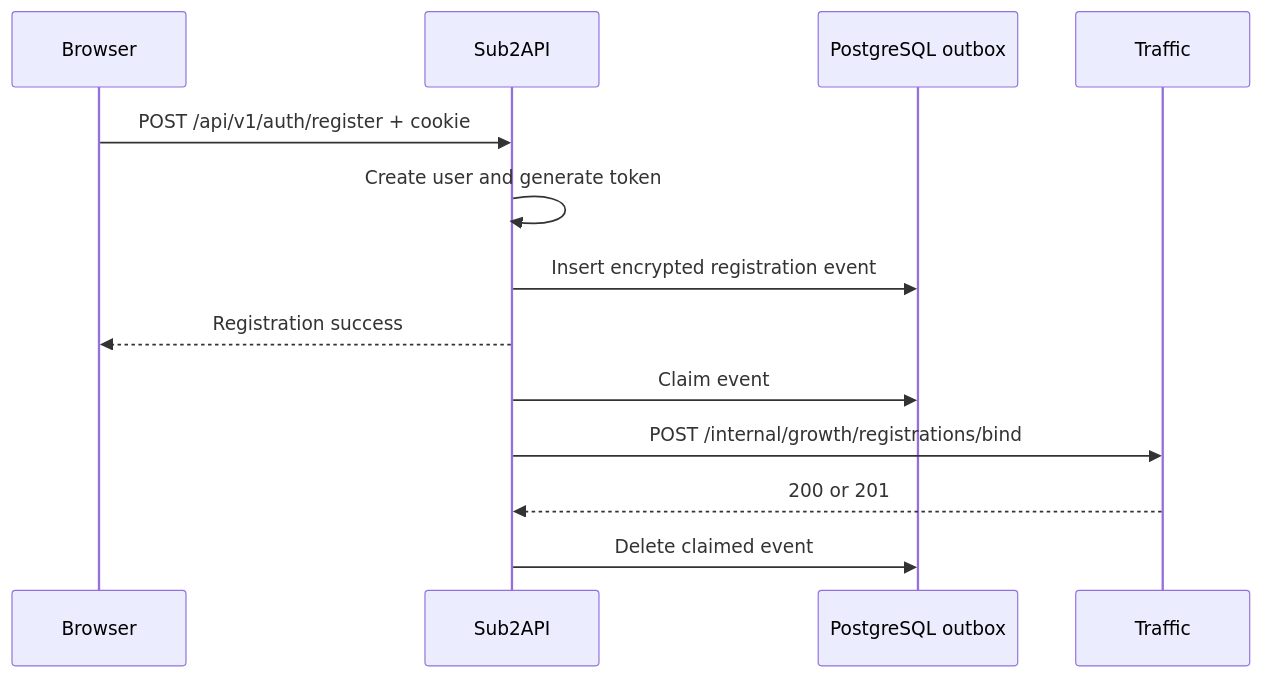
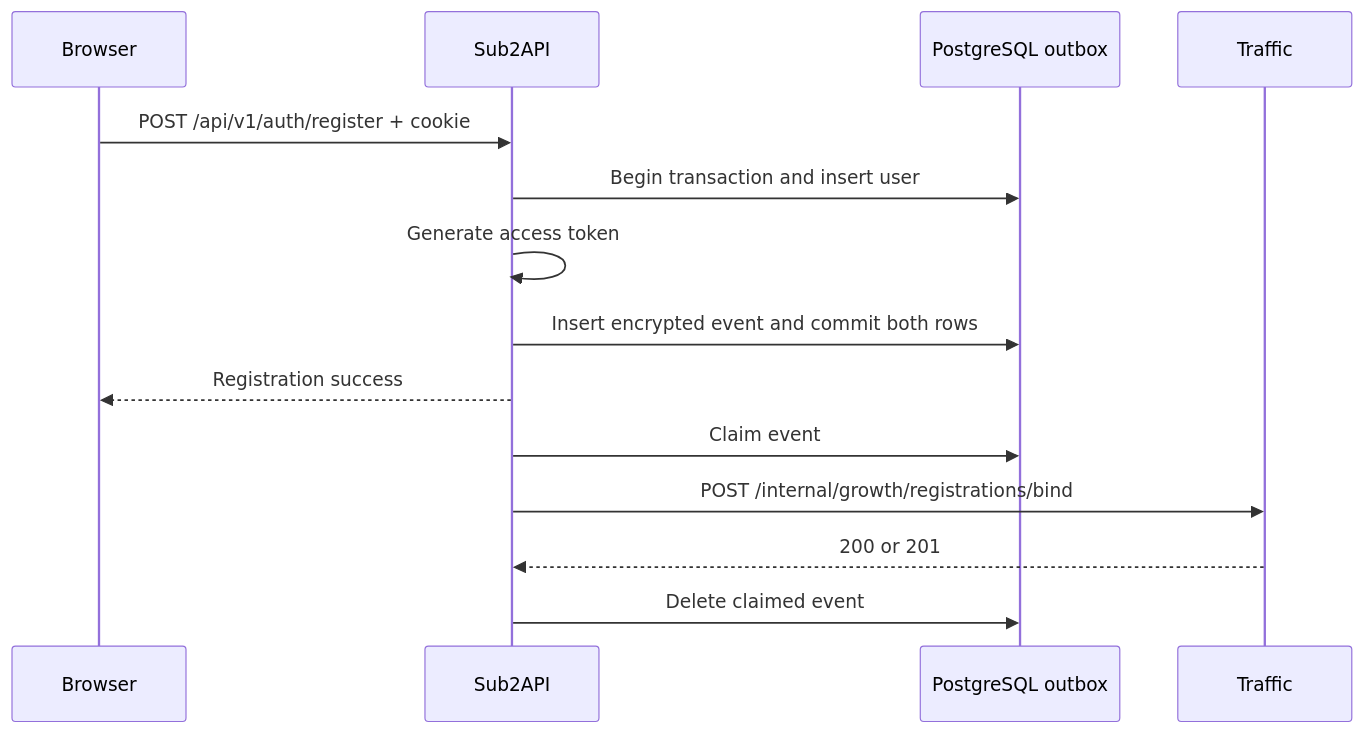
The diagram in docs/superpowers/specs/2026-08-09-growth-registration-binding-design.md (AIwelink/sub2api-aiwelink-dev), drawn with Mermaid before and after one commit. The commit also changed other lines of this file and 13 other files, not shown here.

````diff
--- a/docs/superpowers/specs/2026-08-09-growth-registration-binding-design.md
+++ b/docs/superpowers/specs/2026-08-09-growth-registration-binding-design.md
@@ -36,15 +37,16 @@
 ```mermaid
 sequenceDiagram
     participant Browser
     participant Sub2 as Sub2API
     participant DB as PostgreSQL outbox
     participant Traffic
     Browser->>Sub2: POST /api/v1/auth/register + cookie
-    Sub2->>Sub2: Create user and generate token
-    Sub2->>DB: Insert encrypted registration event
+    Sub2->>DB: Begin transaction and insert user
+    Sub2->>Sub2: Generate access token
+    Sub2->>DB: Insert encrypted event and commit both rows
     Sub2-->>Browser: Registration success
     Sub2->>DB: Claim event
     Sub2->>Traffic: POST /internal/growth/registrations/bind
     Traffic-->>Sub2: 200 or 201
     Sub2->>DB: Delete claimed event
 ```
````
